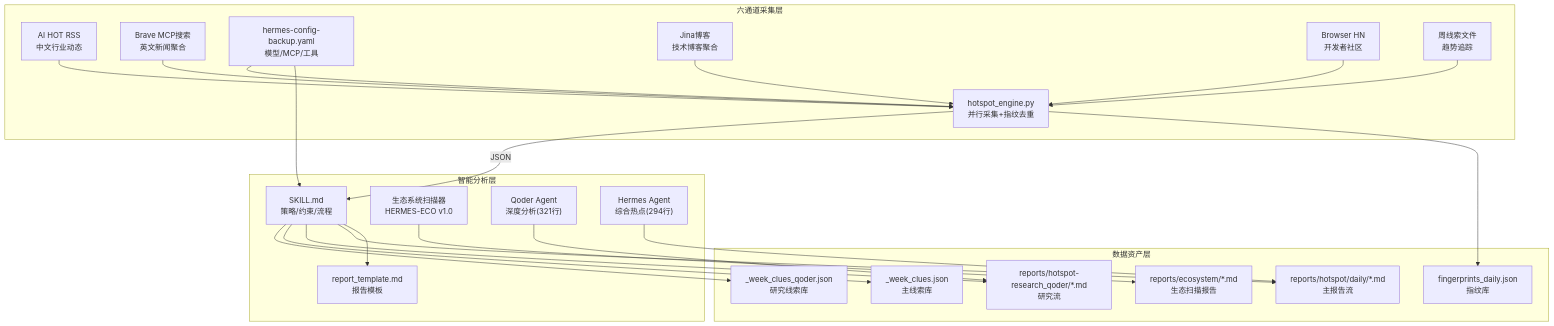
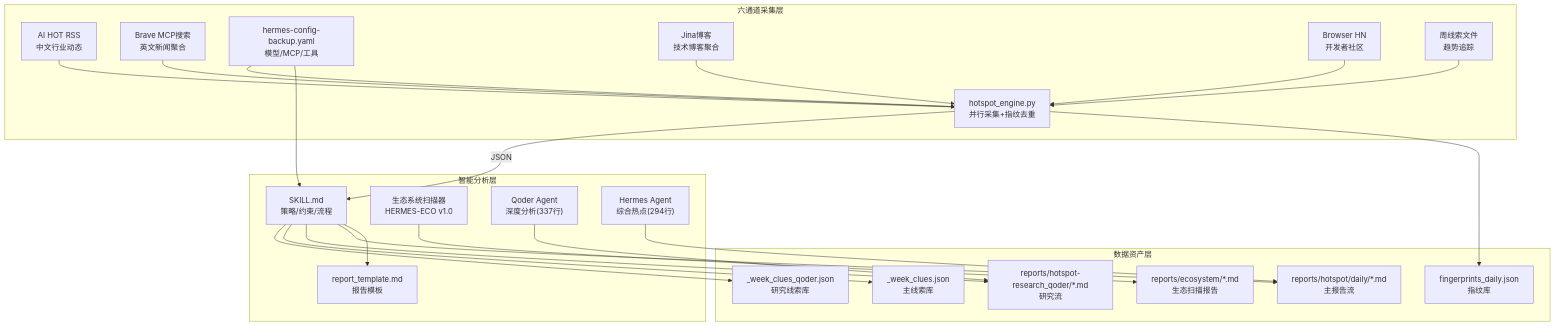
The first of 4 diagrams in .qoder/repowiki/zh/content/核心技能详解/Qoder Agent 每日热点报告系统.md (John198912/hermes_workspace), drawn with Mermaid before and after one commit. The commit also changed other lines of this file and 1 other file, not shown here.

````diff
--- a/.qoder/repowiki/zh/content/核心技能详解/Qoder Agent 每日热点报告系统.md
+++ b/.qoder/repowiki/zh/content/核心技能详解/Qoder Agent 每日热点报告系统.md
@@ -47,45 +48,45 @@
 ```mermaid
 graph TB
 subgraph "六通道采集层"
 E["hotspot_engine.py<br/>并行采集+指纹去重"]
 A["AI HOT RSS<br/>中文行业动态"]
 B["Brave MCP搜索<br/>英文新闻聚合"]
 C["byted-web搜索<br/>中文社交媒体"]
 D["Jina博客<br/>技术博客聚合"]
 F["Browser HN<br/>开发者社区"]
 G["周线索文件<br/>趋势追踪"]
 end
 subgraph "智能分析层"
 S["SKILL.md<br/>策略/约束/流程"]
 T["report_template.md<br/>报告模板"]
 C["hermes-config-backup.yaml<br/>模型/MCP/工具"]
 ES["生态系统扫描器<br/>HERMES-ECO v1.0"]
-QA["Qoder Agent<br/>深度分析(321行)"]
+QA["Qoder Agent<br/>深度分析(337行)"]
 HA["Hermes Agent<br/>综合热点(294行)"]
 end
 subgraph "数据资产层"
 FP["fingerprints_daily.json<br/>指纹库"]
 R1["reports/hotspot/daily/*.md<br/>主报告流"]
 R2["reports/hotspot-research_qoder/*.md<br/>研究流"]
 W1["_week_clues.json<br/>主线索库"]
 W2["_week_clues_qoder.json<br/>研究线索库"]
 EC["reports/ecosystem/*.md<br/>生态扫描报告"]
 end
 E --> FP
 E --> |"JSON"| S
 S --> T
 C --> S
 S --> R1
 S --> R2
 S --> W1
 S --> W2
 ES --> EC
 QA --> R2
 HA --> R1
 A --> E
 B --> E
 C --> E
 D --> E
 F --> E
 G --> E
 ```
````
